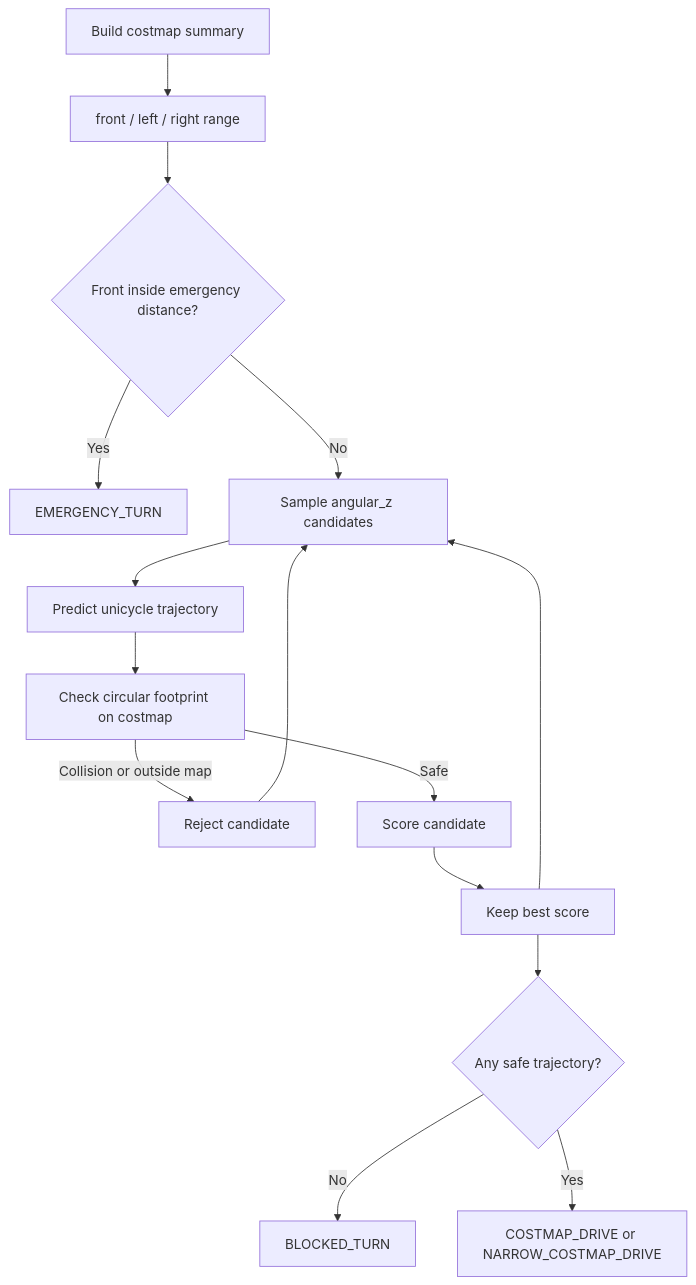
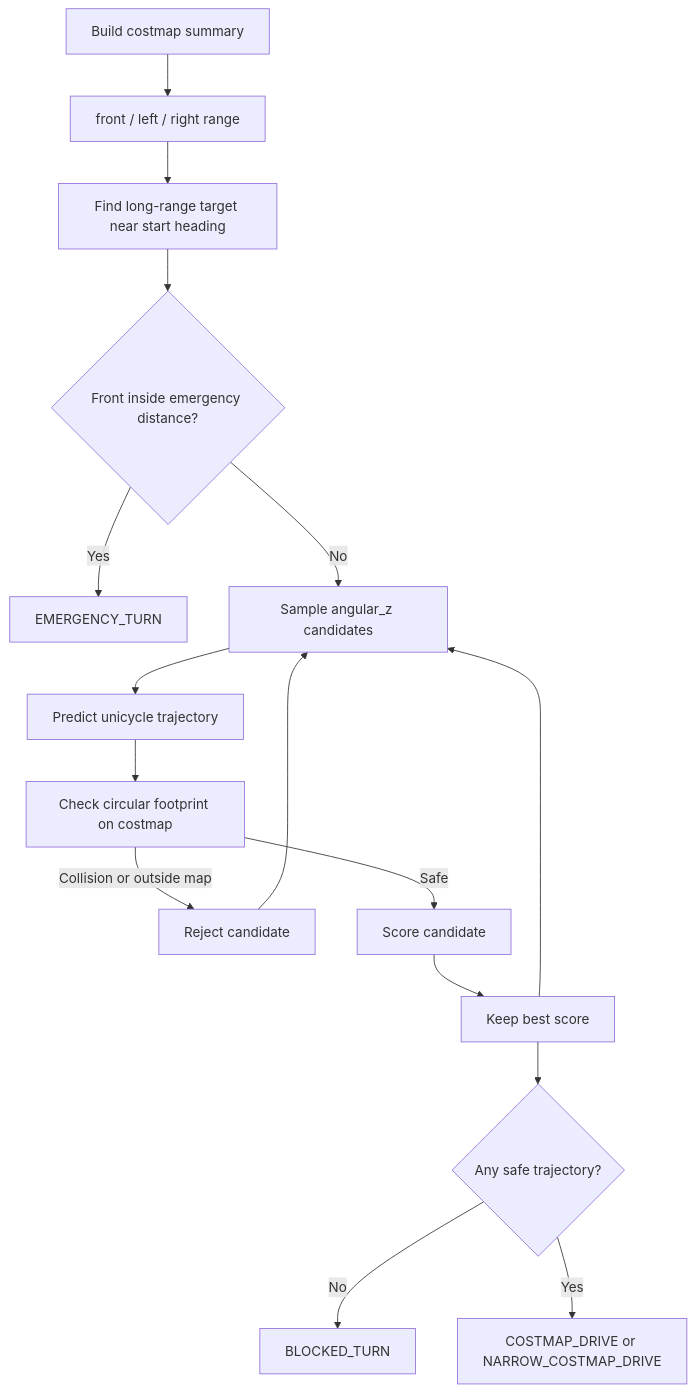
One commit to jhongno01/ROS2_Courses changed the third of 3 diagrams in src/turtlebot_autonomous_costmap_drive/Flow.md. Above: the diagram before and after it, drawn with Mermaid. The commit also changed other lines of this file and 3 other files, not shown here.

Commit message:
Add new features on "costmap drive". 'long-range clearance reward', 'blocked backup'

````diff
--- a/src/turtlebot_autonomous_costmap_drive/Flow.md
+++ b/src/turtlebot_autonomous_costmap_drive/Flow.md
@@ -75,17 +76,18 @@
 ```mermaid
 flowchart TD
     A["Build costmap summary"] --> B["front / left / right range"]
-    B --> C{"Front inside emergency distance?"}
+    B --> B2["Find long-range target near start heading"]
+    B2 --> C{"Front inside emergency distance?"}
     C -- "Yes" --> D["EMERGENCY_TURN"]
     C -- "No" --> E["Sample angular_z candidates"]
     E --> F["Predict unicycle trajectory"]
     F --> G["Check circular footprint on costmap"]
     G -- "Collision or outside map" --> H["Reject candidate"]
     G -- "Safe" --> I["Score candidate"]
     I --> J["Keep best score"]
     H --> E
     J --> E
     J --> K{"Any safe trajectory?"}
     K -- "No" --> L["BLOCKED_TURN"]
     K -- "Yes" --> M["COSTMAP_DRIVE or NARROW_COSTMAP_DRIVE"]
 ```
````
